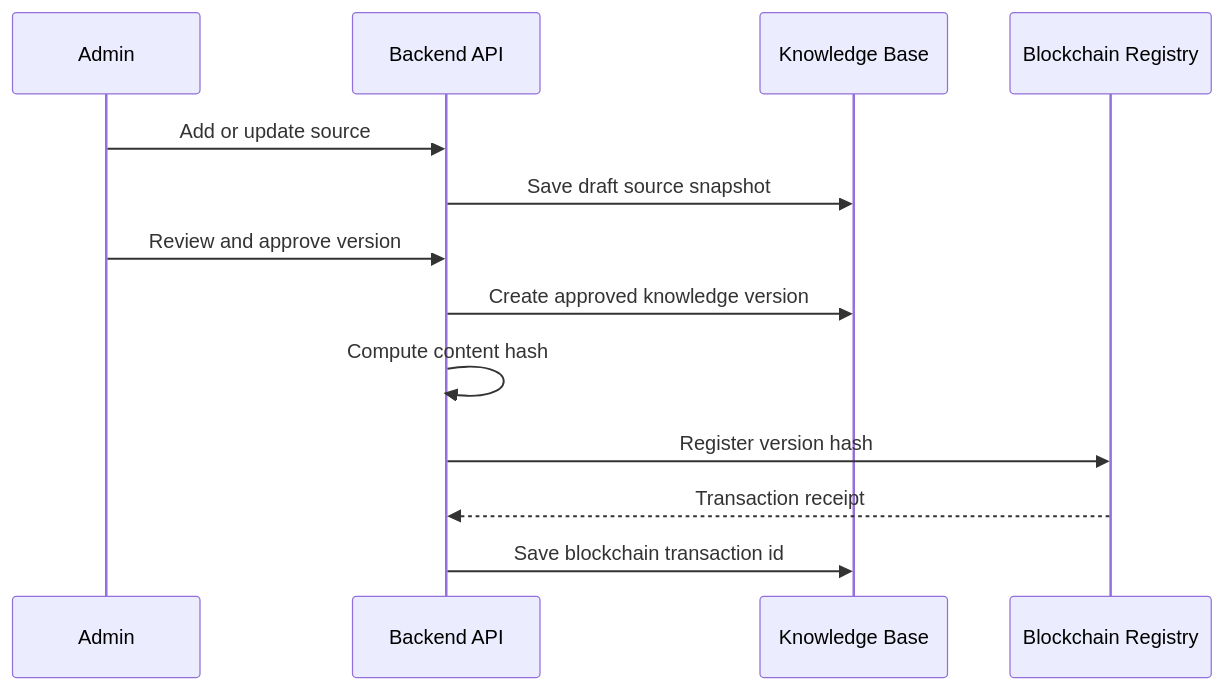
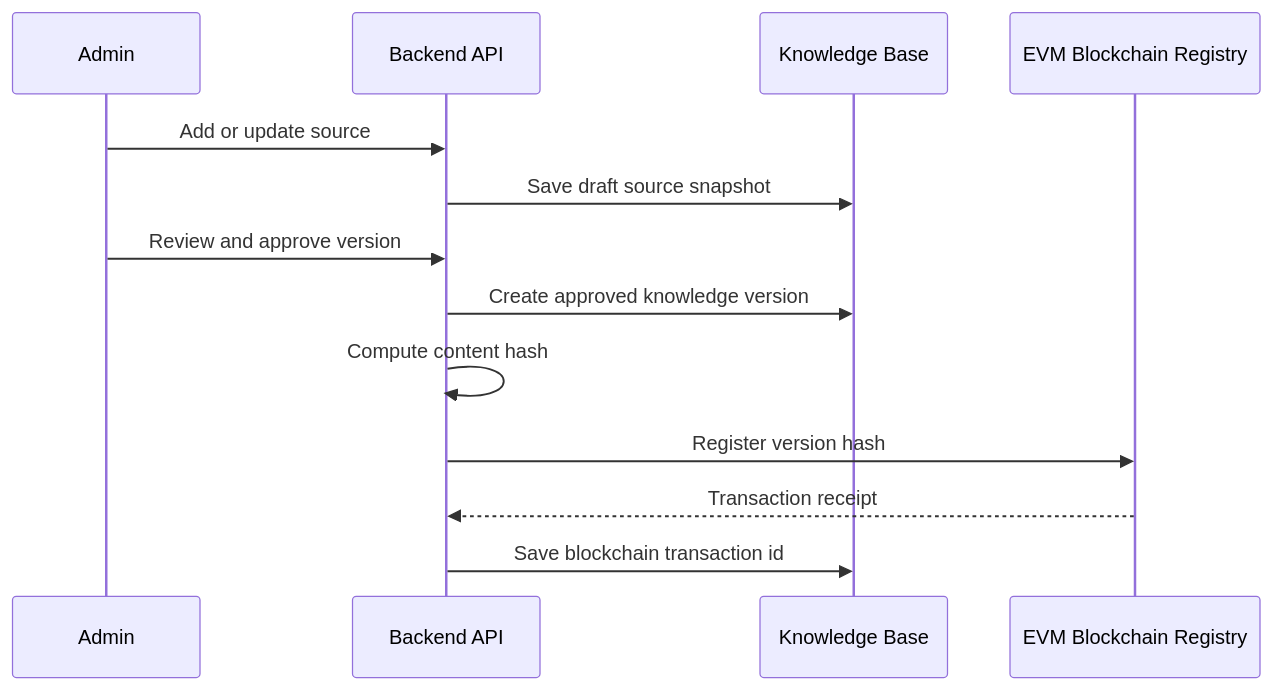
The third of 3 diagrams in docs/architecture/architecture-v1.md (MAWOW1000/da-nang-bizguide), drawn with Mermaid before and after one commit. The commit also changed other lines of this file and 6 other files, not shown here.

````diff
--- a/docs/architecture/architecture-v1.md
+++ b/docs/architecture/architecture-v1.md
@@ -169,16 +179,16 @@
 ```mermaid
 sequenceDiagram
     participant A as Admin
     participant API as Backend API
     participant KB as Knowledge Base
-    participant BC as Blockchain Registry
+    participant BC as EVM Blockchain Registry
 
     A->>API: Add or update source
     API->>KB: Save draft source snapshot
     A->>API: Review and approve version
     API->>KB: Create approved knowledge version
     API->>API: Compute content hash
     API->>BC: Register version hash
     BC-->>API: Transaction receipt
     API->>KB: Save blockchain transaction id
 ```
````
